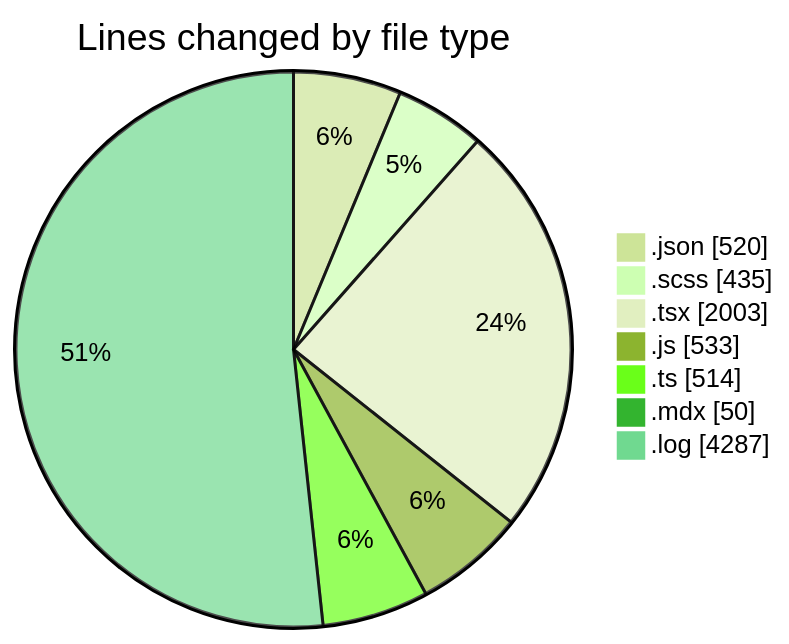
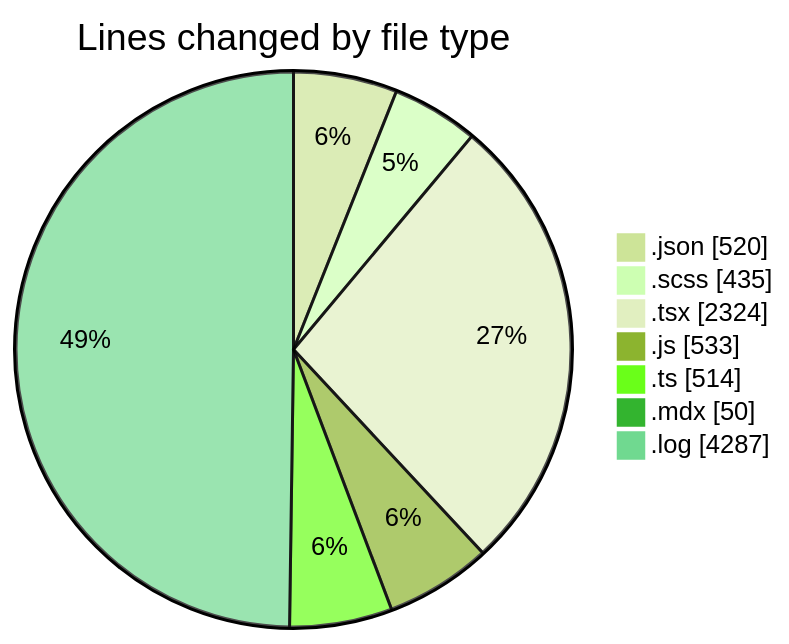
Before and after one commit to momahboobian/code-tracking: the first of 2 diagrams in 2026-04-20/cda/README.md, drawn with Mermaid (forest theme). The commit also changed other lines of this file and 1 other file, not shown here.

````diff
--- a/2026-04-20/cda/README.md
+++ b/2026-04-20/cda/README.md
@@ -40,11 +40,11 @@
 ```mermaid
 pie showData
 title Lines changed by file type
 ".json" : 520
 ".scss" : 435
-".tsx" : 2003
+".tsx" : 2324
 ".js" : 533
 ".ts" : 514
 ".mdx" : 50
 ".log" : 4287
 ```
````
